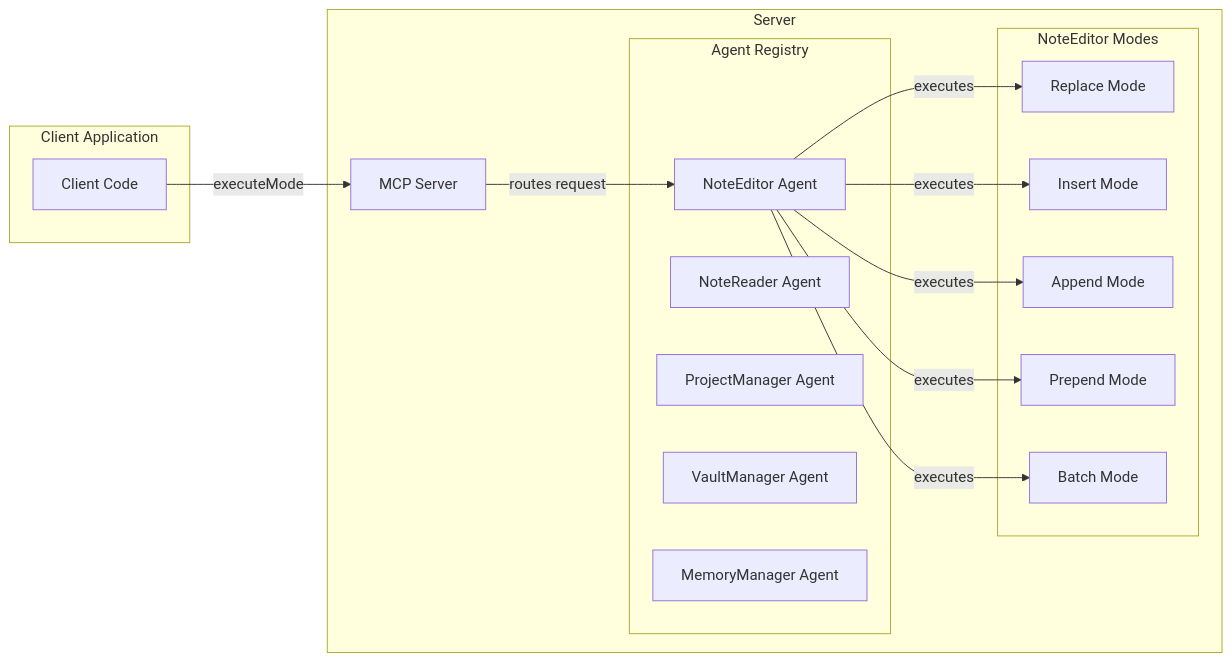
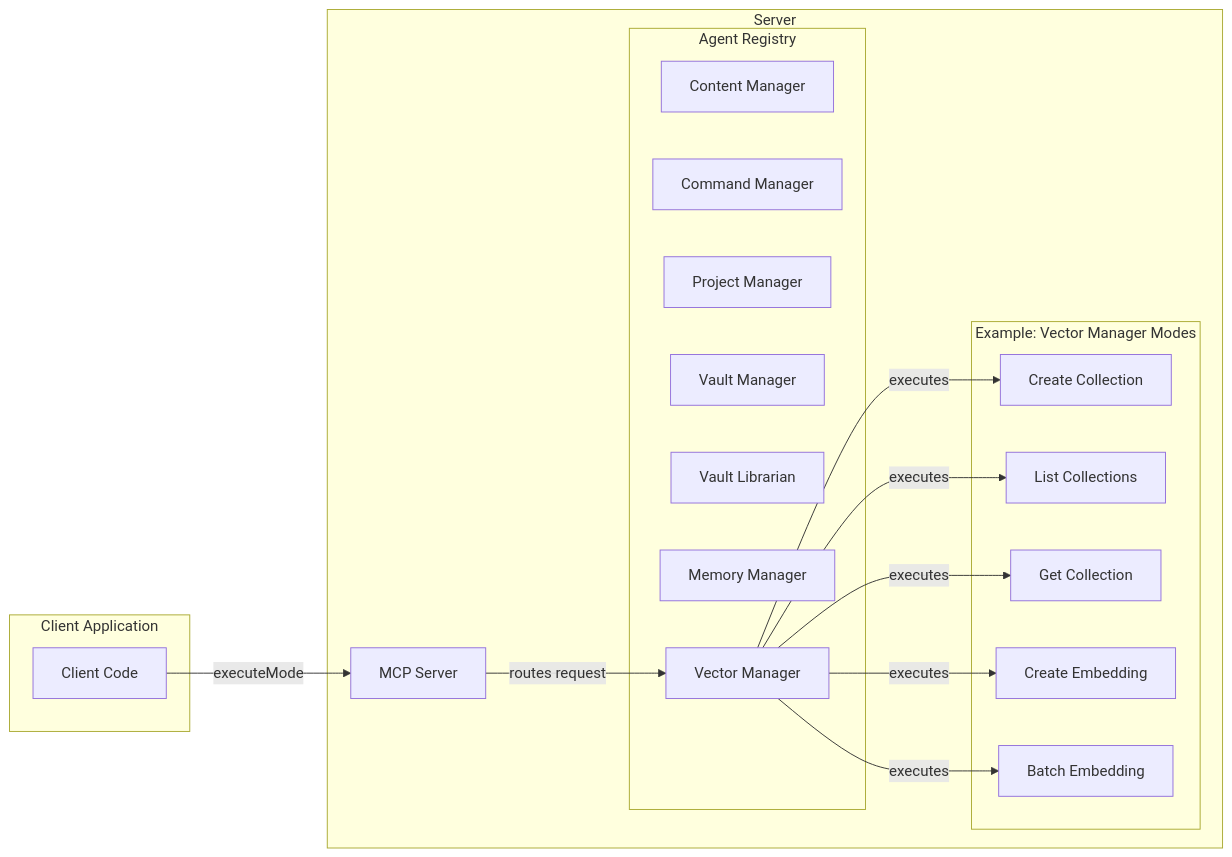
The second of 2 diagrams in README.md (ProfSynapse/claudesidian-mcp), drawn with Mermaid before and after one commit. The commit also changed other lines of this file and 55 other files, not shown here.

````diff
--- a/README.md
+++ b/README.md
@@ -202,33 +223,35 @@
 ```mermaid
 flowchart LR
     subgraph "Client Application"
         Client[Client Code]
     end
     
     subgraph "Server"
         MCPServer[MCP Server]
         subgraph "Agent Registry"
-            NoteEditor[NoteEditor Agent]
-            NoteReader[NoteReader Agent]
-            ProjectManager[ProjectManager Agent]
-            VaultManager[VaultManager Agent]
-            MemoryManager[MemoryManager Agent]
+            ContentManager[Content Manager]
+            CommandManager[Command Manager]
+            ProjectManager[Project Manager]
+            VaultManager[Vault Manager]
+            VaultLibrarian[Vault Librarian]
+            MemoryManager[Memory Manager]
+            VectorManager[Vector Manager]
         end
         
-        subgraph "NoteEditor Modes"
-            Replace[Replace Mode]
-            Insert[Insert Mode]
-            Append[Append Mode]
-            Prepend[Prepend Mode]
-            Batch[Batch Mode]
+        subgraph "Example: Vector Manager Modes"
+            CreateCollection[Create Collection]
+            ListCollections[List Collections]
+            GetCollection[Get Collection]
+            CreateEmbedding[Create Embedding]
+            BatchEmbedding[Batch Embedding]
         end
     end
     
     Client -->|executeMode| MCPServer
-    MCPServer -->|routes request| NoteEditor
-    NoteEditor -->|executes| Replace
-    NoteEditor -->|executes| Insert
-    NoteEditor -->|executes| Append
-    NoteEditor -->|executes| Prepend
-    NoteEditor -->|executes| Batch
+    MCPServer -->|routes request| VectorManager
+    VectorManager -->|executes| CreateCollection
+    VectorManager -->|executes| ListCollections
+    VectorManager -->|executes| GetCollection
+    VectorManager -->|executes| CreateEmbedding
+    VectorManager -->|executes| BatchEmbedding
 ```
````
